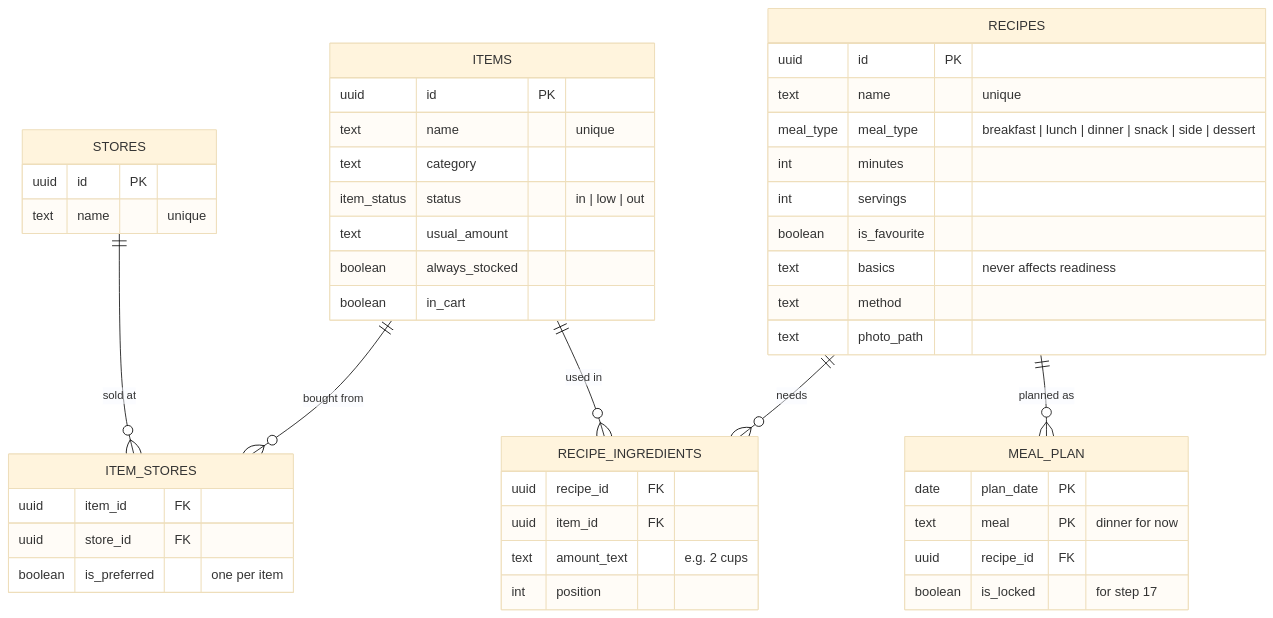
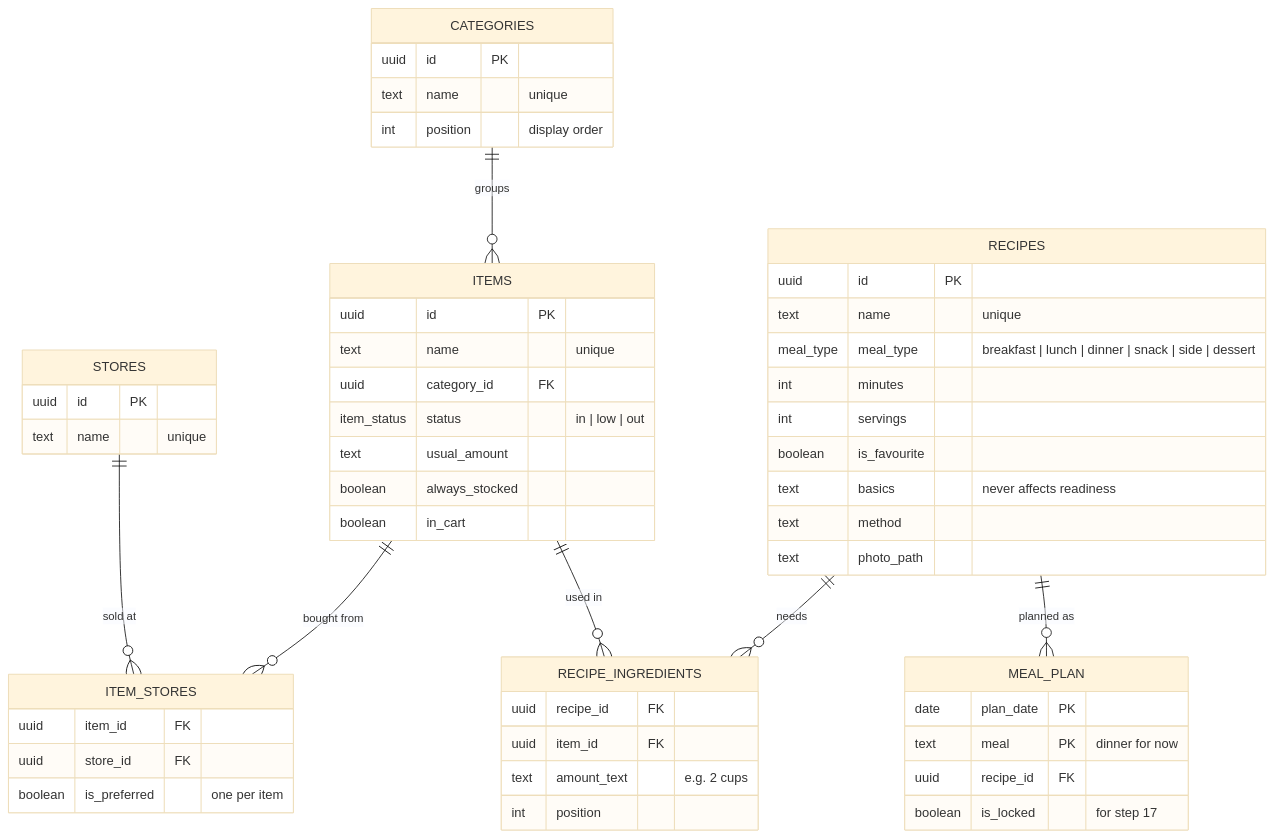
The diagram in docs/BUILD_PLAN.md (beegee123/pantry-app), drawn with Mermaid (base theme) before and after one commit. The commit also changed other lines of this file and 8 other files, not shown here.

````diff
--- a/docs/BUILD_PLAN.md
+++ b/docs/BUILD_PLAN.md
@@ -124,50 +125,56 @@
 ```mermaid
 erDiagram
     STORES ||--o{ ITEM_STORES : "sold at"
     ITEMS ||--o{ ITEM_STORES : "bought from"
     ITEMS ||--o{ RECIPE_INGREDIENTS : "used in"
     RECIPES ||--o{ RECIPE_INGREDIENTS : "needs"
     RECIPES ||--o{ MEAL_PLAN : "planned as"
 
     STORES {
         uuid id PK
         text name "unique"
     }
+    CATEGORIES ||--o{ ITEMS : "groups"
+    CATEGORIES {
+        uuid id PK
+        text name "unique"
+        int position "display order"
+    }
     ITEMS {
         uuid id PK
         text name "unique"
-        text category
+        uuid category_id FK
         item_status status "in | low | out"
         text usual_amount
         boolean always_stocked
         boolean in_cart
     }
     ITEM_STORES {
         uuid item_id FK
         uuid store_id FK
         boolean is_preferred "one per item"
     }
     RECIPES {
         uuid id PK
         text name "unique"
         meal_type meal_type "breakfast | lunch | dinner | snack | side | dessert"
         int minutes
         int servings
         boolean is_favourite
         text basics "never affects readiness"
         text method
         text photo_path
     }
     RECIPE_INGREDIENTS {
         uuid recipe_id FK
         uuid item_id FK
         text amount_text "e.g. 2 cups"
         int position
     }
     MEAL_PLAN {
         date plan_date PK
         text meal PK "dinner for now"
         uuid recipe_id FK
         boolean is_locked "for step 17"
     }
 ```
````
